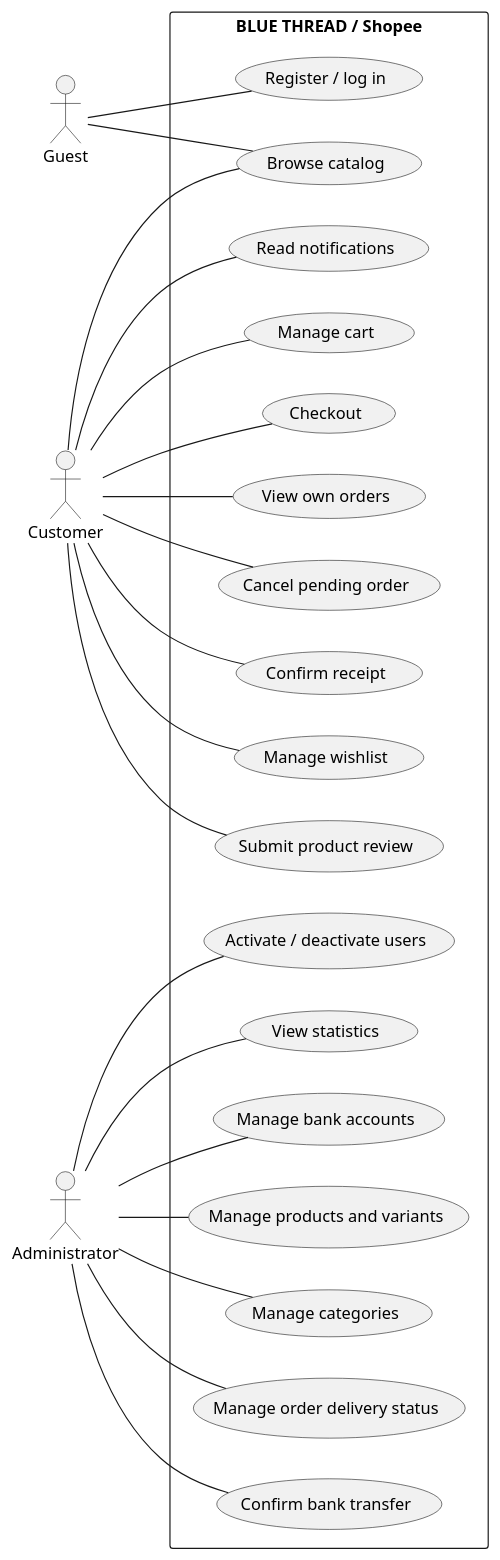
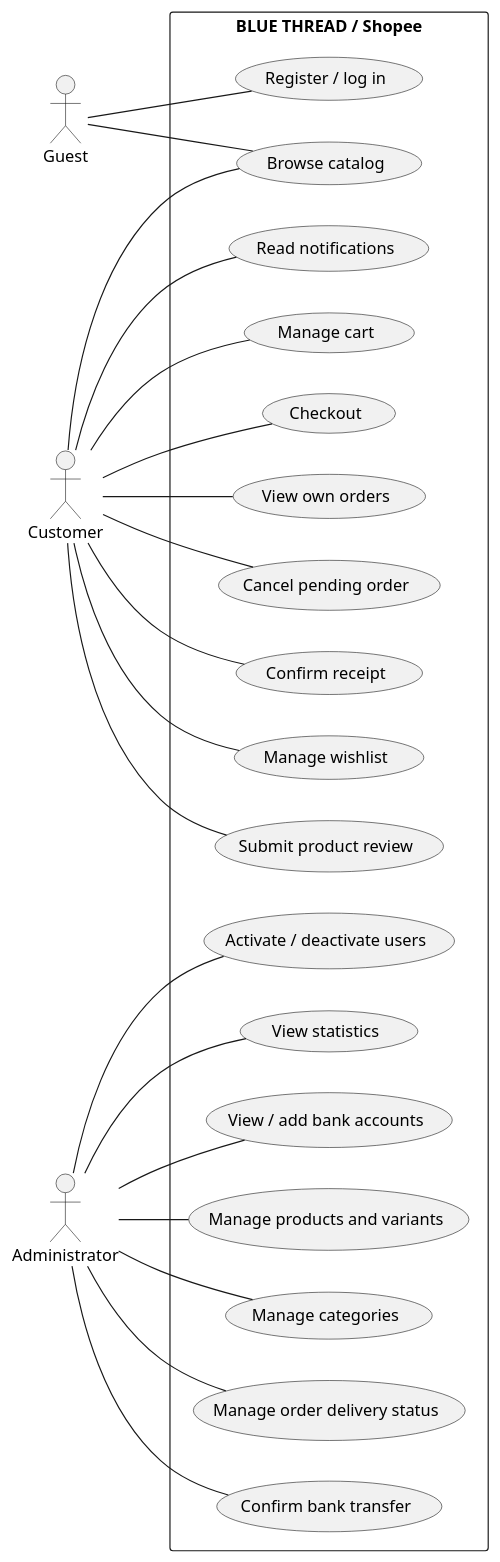
One commit to NguyenQuangDiep12/HeThongBanQuanAo changed the diagram in docs/software-design/diagrams/use-case.puml. Above: the diagram before and after it, drawn with PlantUML. The commit also changed 37 other files, not shown here.

```diff
--- a/docs/software-design/diagrams/use-case.puml
+++ b/docs/software-design/diagrams/use-case.puml
@@ -1,47 +1,47 @@
 @startuml
 left to right direction
 skinparam packageStyle rectangle
 skinparam shadowing false
 actor Guest
 actor Customer
 actor Administrator as Admin
 
 rectangle "BLUE THREAD / Shopee" {
   usecase "Browse catalog" as UC_Catalog
   usecase "Register / log in" as UC_Auth
   usecase "Manage cart" as UC_Cart
   usecase "Checkout" as UC_Checkout
   usecase "View own orders" as UC_MyOrders
   usecase "Cancel pending order" as UC_Cancel
   usecase "Confirm receipt" as UC_Receipt
   usecase "Manage wishlist" as UC_Wishlist
   usecase "Submit product review" as UC_Review
   usecase "Read notifications" as UC_Notifications
   usecase "Manage products and variants" as UC_Products
   usecase "Manage categories" as UC_Categories
   usecase "Manage order delivery status" as UC_OrderAdmin
   usecase "Confirm bank transfer" as UC_Payment
   usecase "Activate / deactivate users" as UC_Users
   usecase "View statistics" as UC_Statistics
-  usecase "Manage bank accounts" as UC_Banks
+  usecase "View / add bank accounts" as UC_Banks
 }
 
 Guest -- UC_Catalog
 Guest -- UC_Auth
 Customer -- UC_Catalog
 Customer -- UC_Cart
 Customer -- UC_Checkout
 Customer -- UC_MyOrders
 Customer -- UC_Cancel
 Customer -- UC_Receipt
 Customer -- UC_Wishlist
 Customer -- UC_Review
 Customer -- UC_Notifications
 Admin -- UC_Products
 Admin -- UC_Categories
 Admin -- UC_OrderAdmin
 Admin -- UC_Payment
 Admin -- UC_Users
 Admin -- UC_Statistics
 Admin -- UC_Banks
 @enduml
```
